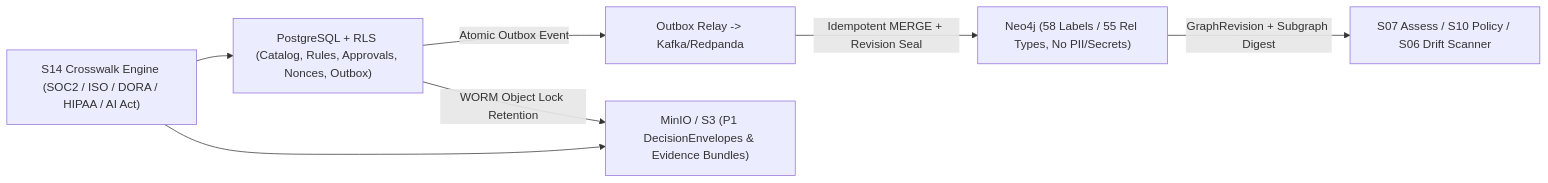
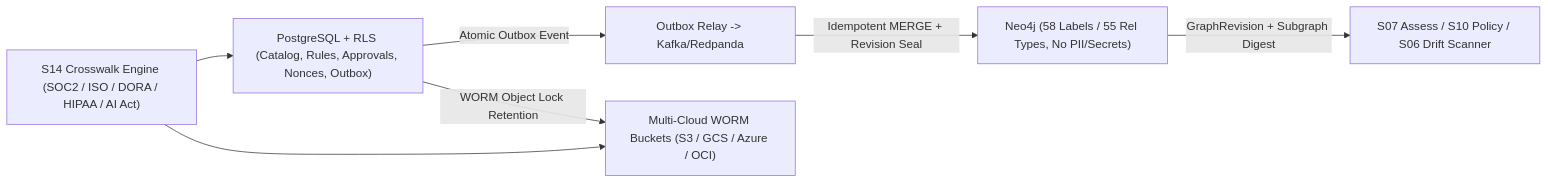
Before and after one commit to fenoch4real/uacrf-unified-adaptive-cloud-resilience-framework: the third of 3 diagrams in docs/architecture/SYSTEM_OVERVIEW.md, drawn with Mermaid. The commit also changed other lines of this file and 11 other files, not shown here.

Commit message:
docs(multicloud): include OCI alongside GCP, AWS, and Azure across architecture, infra, diagrams, and discovery seed

````diff
--- a/docs/architecture/SYSTEM_OVERVIEW.md
+++ b/docs/architecture/SYSTEM_OVERVIEW.md
@@ -40,9 +79,9 @@
 ```mermaid
 flowchart LR
     PG["PostgreSQL + RLS (Catalog, Rules, Approvals, Nonces, Outbox)"] -->|Atomic Outbox Event| Relay["Outbox Relay -> Kafka/Redpanda"]
     Relay -->|Idempotent MERGE + Revision Seal| NEO["Neo4j (58 Labels / 55 Rel Types, No PII/Secrets)"]
     NEO -->|GraphRevision + Subgraph Digest| Decisions["S07 Assess / S10 Policy / S06 Drift Scanner"]
-    PG -->|WORM Object Lock Retention| S3["MinIO / S3 (P1 DecisionEnvelopes & Evidence Bundles)"]
+    PG -->|WORM Object Lock Retention| S3["Multi-Cloud WORM Buckets (S3 / GCS / Azure / OCI)"]
     S14["S14 Crosswalk Engine (SOC2 / ISO / DORA / HIPAA / AI Act)"] --> S3
     S14 --> PG
 ```
````
